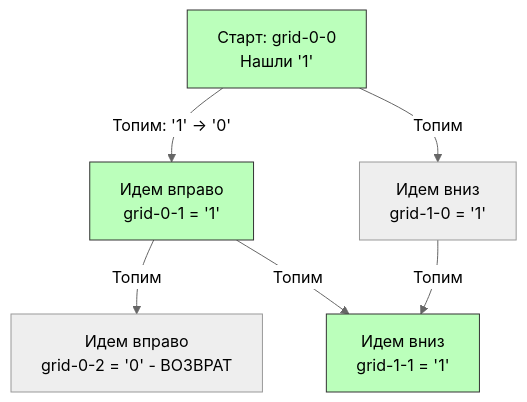
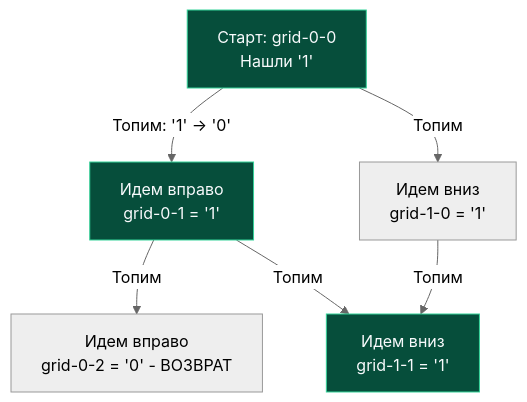
The diagram in sources/21. Задачи с LeetCode и собеседований на Go/02. Задачи/14. Графы/5. Number of Islands.md (UnrealTemplier/go-textbook), drawn with Mermaid (neutral theme) before and after one commit. The commit also changed 310 other files, not shown here.

First line of the commit message:
fix(mermaid): replace light fill colors with dark palette for readability on dark theme

````diff
--- a/sources/21. Задачи с LeetCode и собеседований на Go/02. Задачи/14. Графы/5. Number of Islands.md
+++ b/sources/21. Задачи с LeetCode и собеседований на Go/02. Задачи/14. Графы/5. Number of Islands.md
@@ -70,12 +70,12 @@
 ```mermaid
 graph TD
     A["Старт: grid-0-0<br>Нашли '1'"] -->|"Топим: '1' -> '0'"| B["Идем вправо<br>grid-0-1 = '1'"]
     B -->|"Топим"| C["Идем вправо<br>grid-0-2 = '0' - ВОЗВРАТ"]
     B -->|"Топим"| D["Идем вниз<br>grid-1-1 = '1'"]
     A -->|"Топим"| E["Идем вниз<br>grid-1-0 = '1'"]
     E -->|"Топим"| D
     
-    style A fill:#bfb,stroke:#333
-    style B fill:#bfb,stroke:#333
-    style D fill:#bfb,stroke:#333
+    style A fill:#064e3b,stroke:#34d399,color:#f8fafc
+    style B fill:#064e3b,stroke:#34d399,color:#f8fafc
+    style D fill:#064e3b,stroke:#34d399,color:#f8fafc
 ```
````
